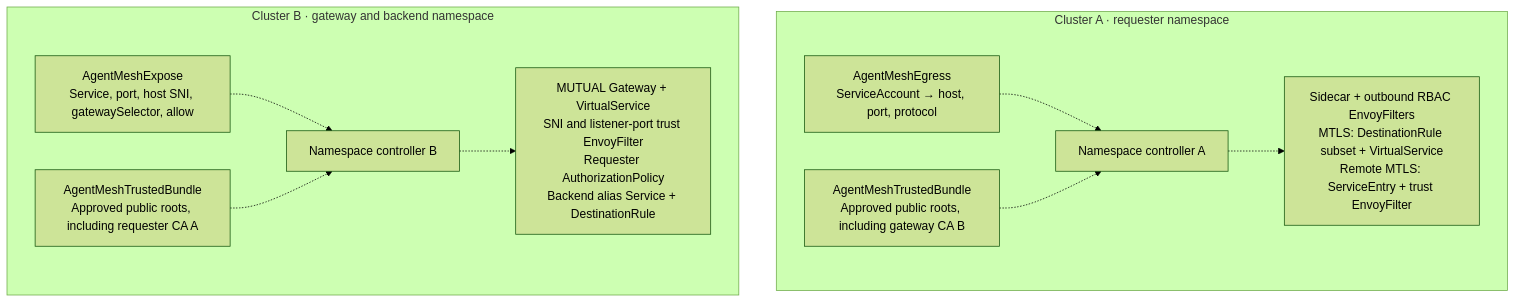
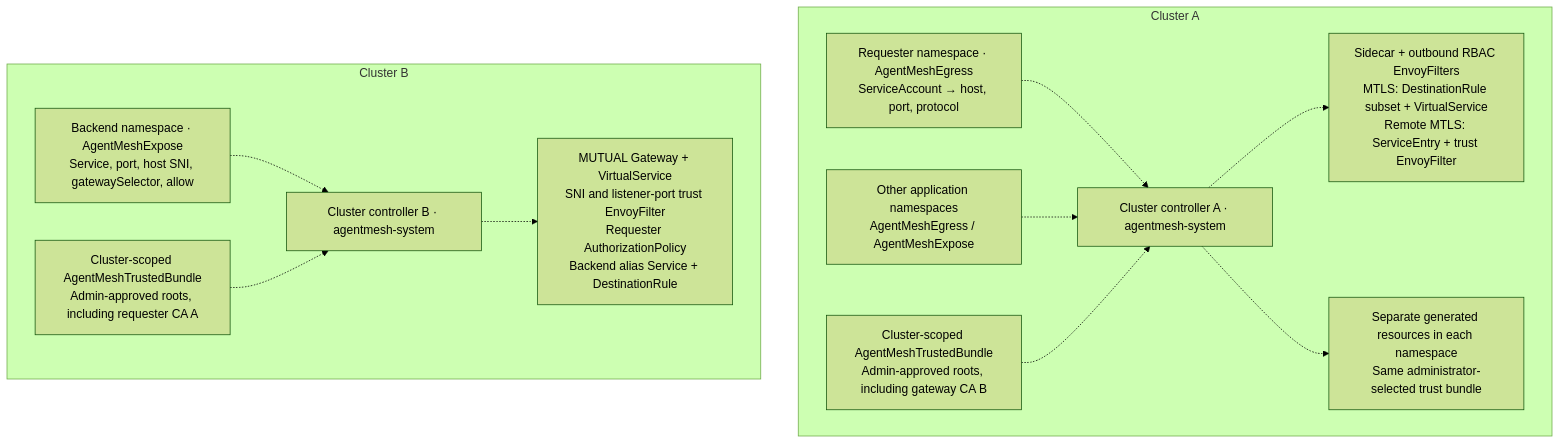
One commit to newtonguass/ai_agent_mesh changed the first of 2 diagrams in README.md. Above: the diagram before and after it, drawn with Mermaid (forest theme). The commit also changed other lines of this file and 21 other files, not shown here.

Commit message:
Use administrator-managed cluster trust with one cluster-wide controller

````diff
--- a/README.md
+++ b/README.md
@@ -46,21 +48,24 @@
 ```mermaid
 flowchart TB
-    subgraph requester["Cluster A · requester namespace"]
-        E["AgentMeshEgress<br/>ServiceAccount → host, port, protocol"]
-        TA["AgentMeshTrustedBundle<br/>Approved public roots, including gateway CA B"]
-        CA["Namespace controller A"]
+    subgraph requester["Cluster A"]
+        E["Requester namespace · AgentMeshEgress<br/>ServiceAccount → host, port, protocol"]
+        E2["Other application namespaces<br/>AgentMeshEgress / AgentMeshExpose"]
+        TA["Cluster-scoped AgentMeshTrustedBundle<br/>Admin-approved roots, including gateway CA B"]
+        CA["Cluster controller A · agentmesh-system"]
         OUT["Sidecar + outbound RBAC EnvoyFilters<br/>MTLS: DestinationRule subset + VirtualService<br/>Remote MTLS: ServiceEntry + trust EnvoyFilter"]
         E -.-> CA
+        E2 -.-> CA
         TA -.-> CA
         CA -.-> OUT
+        CA -.-> O2["Separate generated resources in each namespace<br/>Same administrator-selected trust bundle"]
     end
-    subgraph destination["Cluster B · gateway and backend namespace"]
-        X["AgentMeshExpose<br/>Service, port, host SNI, gatewaySelector, allow"]
-        TB["AgentMeshTrustedBundle<br/>Approved public roots, including requester CA A"]
-        CB["Namespace controller B"]
+    subgraph destination["Cluster B"]
+        X["Backend namespace · AgentMeshExpose<br/>Service, port, host SNI, gatewaySelector, allow"]
+        TB["Cluster-scoped AgentMeshTrustedBundle<br/>Admin-approved roots, including requester CA A"]
+        CB["Cluster controller B · agentmesh-system"]
         IN["MUTUAL Gateway + VirtualService<br/>SNI and listener-port trust EnvoyFilter<br/>Requester AuthorizationPolicy<br/>Backend alias Service + DestinationRule"]
         X -.-> CB
         TB -.-> CB
         CB -.-> IN
     end
 ```
````
